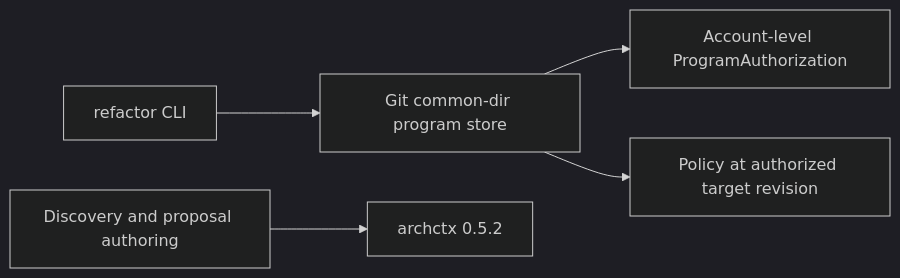
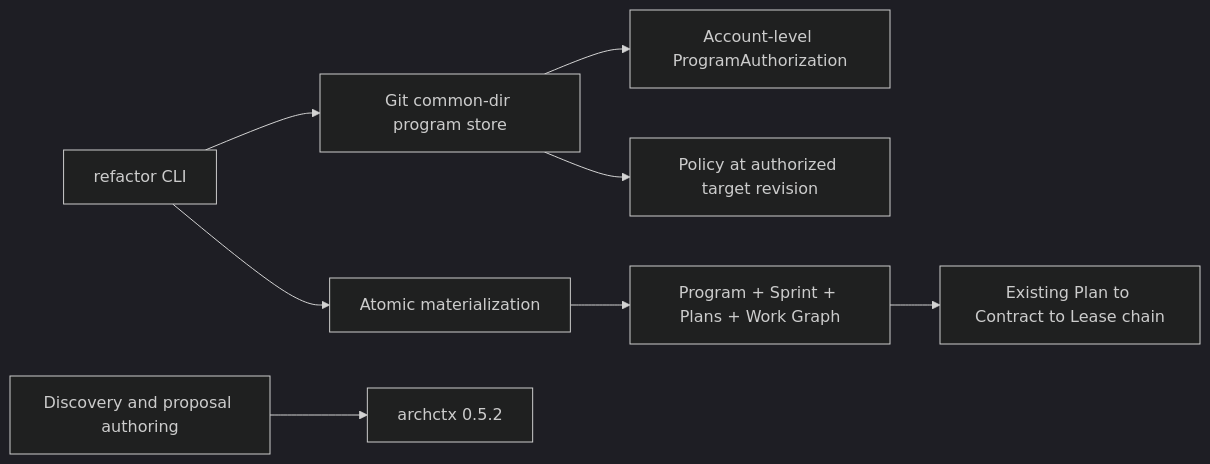
One commit to Ancienttwo/repo-harness changed the first of 2 diagrams in docs/architecture/modules/runtime-harness/refactor-program.md. Above: the diagram before and after it, drawn with Mermaid (dark theme). The commit also changed other lines of this file and 17 other files, not shown here.

````diff
--- a/docs/architecture/modules/runtime-harness/refactor-program.md
+++ b/docs/architecture/modules/runtime-harness/refactor-program.md
@@ -32,7 +40,10 @@
 ```mermaid
 flowchart LR
   CLI[refactor CLI] --> Store[Git common-dir program store]
   Store --> Grant[Account-level ProgramAuthorization]
   Store --> Policy[Policy at authorized target revision]
   Discovery[Discovery and proposal authoring] --> ArchContext[archctx 0.5.2]
+  CLI --> Materializer[Atomic materialization]
+  Materializer --> Git[Program + Sprint + Plans + Work Graph]
+  Git --> Contract[Existing Plan to Contract to Lease chain]
 ```
````
